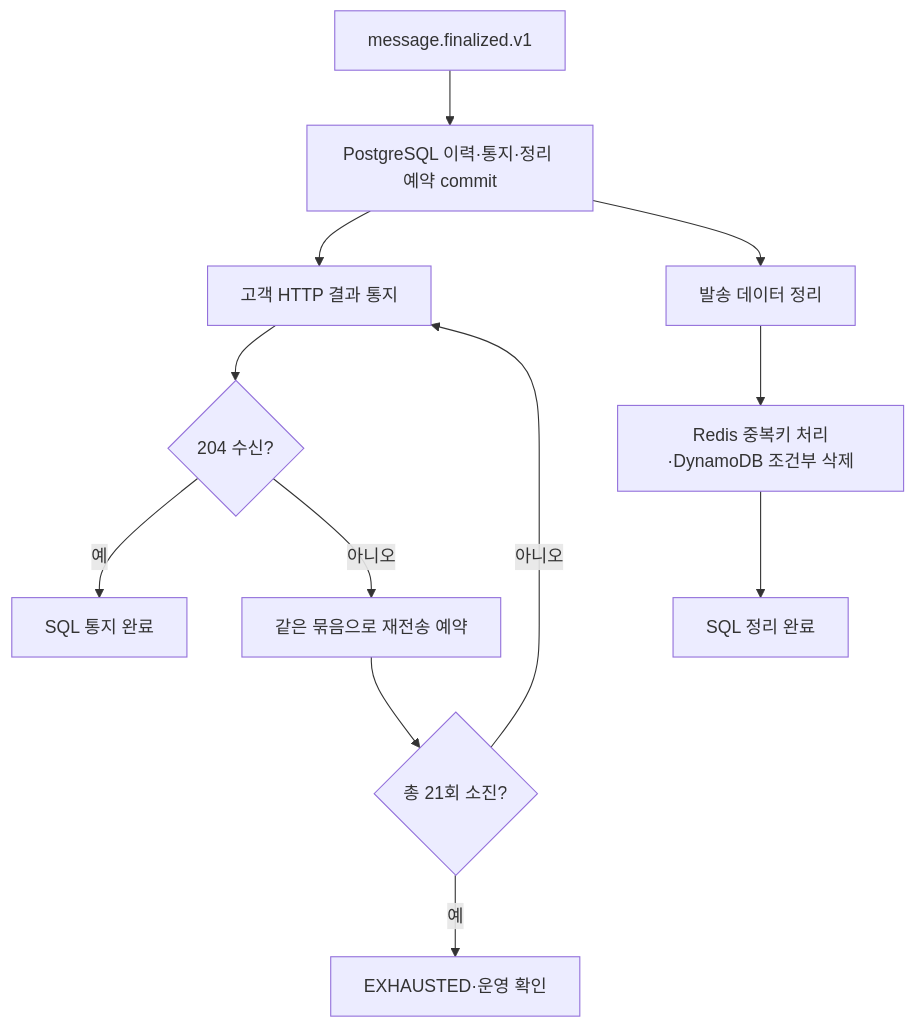
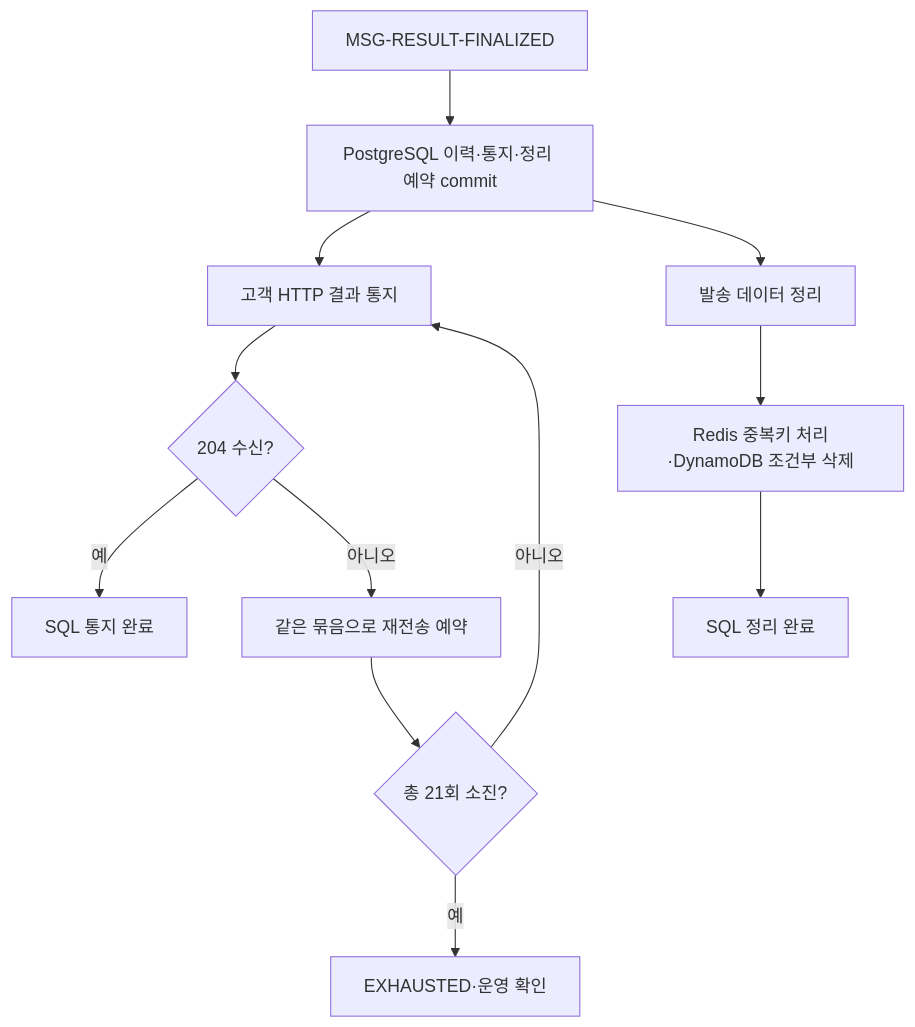
One commit to hyun-seung/High-throughput-event-platform changed the ninth of 9 diagrams in docs/53-신규-메시지-케이스별-Call-Flow.md. Above: the diagram before and after it, drawn with Mermaid. The commit also changed other lines of this file and 5 other files, not shown here.

````diff
--- a/docs/53-신규-메시지-케이스별-Call-Flow.md
+++ b/docs/53-신규-메시지-케이스별-Call-Flow.md
@@ -312,14 +278,14 @@
 ```mermaid
 flowchart TD
-    F[message.finalized.v1] --> Q[PostgreSQL 이력·통지·정리 예약 commit]
+    F[MSG-RESULT-FINALIZED] --> Q[PostgreSQL 이력·통지·정리 예약 commit]
     Q --> N[고객 HTTP 결과 통지]
     Q --> C[발송 데이터 정리]
     N --> A{204 수신?}
     A -->|예| D[SQL 통지 완료]
     A -->|아니오| R[같은 묶음으로 재전송 예약]
     R --> L{총 21회 소진?}
     L -->|아니오| N
     L -->|예| H[EXHAUSTED·운영 확인]
     C --> X[Redis 중복키 처리·DynamoDB 조건부 삭제]
     X --> Y[SQL 정리 완료]
 ```
````
